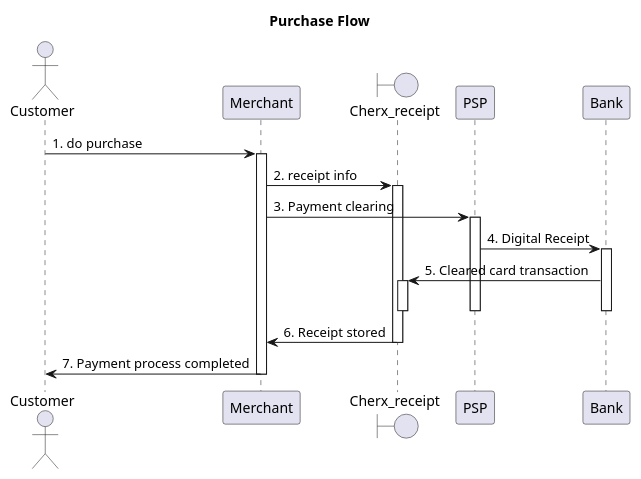
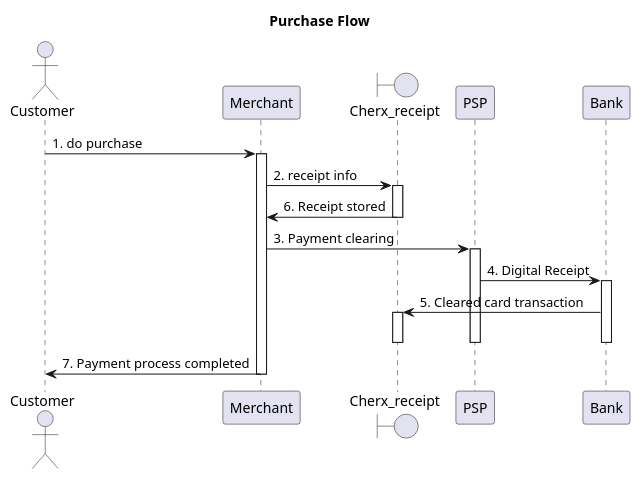
One commit to chexr-receipt-project/Manual changed the diagram in architectural/general_idea.pu. Above: the diagram before and after it, drawn with PlantUML. The commit also changed other lines of this file and 12 other files, not shown here.

Commit message:
Architectural Documentation prepared for review

```diff
--- a/architectural/general_idea.pu
+++ b/architectural/general_idea.pu
@@ -1,32 +1,32 @@
 @startuml
 Title Purchase Flow
 actor Customer
 participant Merchant
 boundary Cherx_receipt
 participant PSP
 participant Bank
 
 
 Customer -> Merchant : 1. do purchase
 activate Merchant
 Merchant -> Cherx_receipt : 2. receipt info
 activate Cherx_receipt
-
+Cherx_receipt -> Merchant: 6. Receipt stored
+deactivate Cherx_receipt
 Merchant -> PSP: 3. Payment clearing
 activate PSP
 PSP -> Bank: 4. Digital Receipt
 activate Bank
 Bank -> Cherx_receipt: 5. Cleared card transaction
 activate Cherx_receipt
 deactivate Cherx_receipt
 deactivate Bank
 deactivate PSP
-Cherx_receipt -> Merchant: 6. Receipt stored
 
-deactivate Cherx_receipt
+
 Merchant -> Customer: 7. Payment process completed
 deactivate Merchant
 
 
 
 @enduml
```
